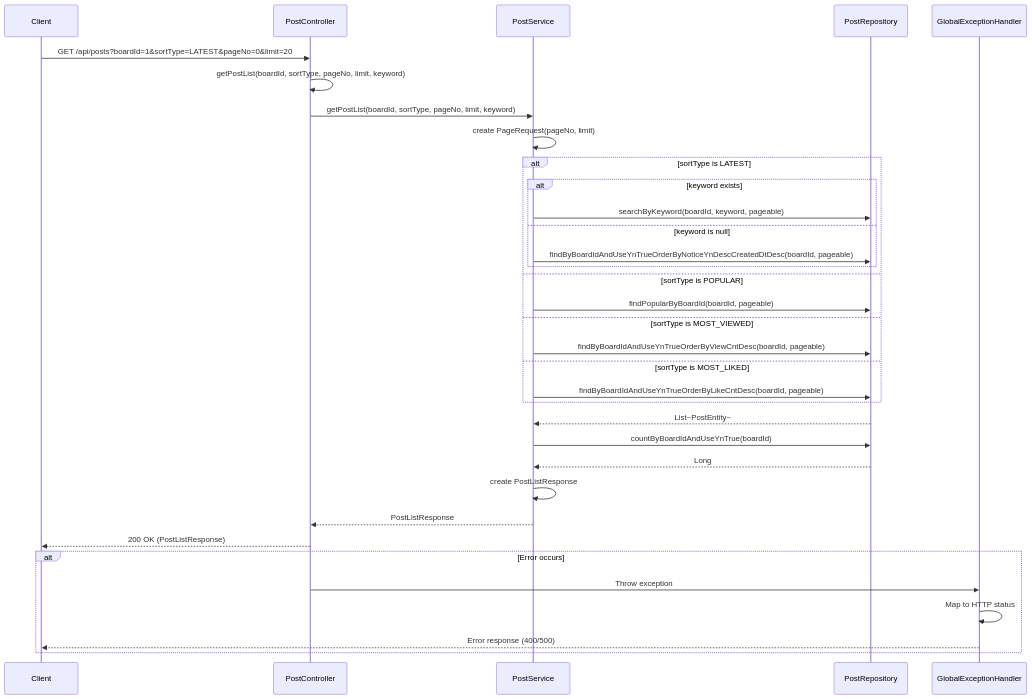
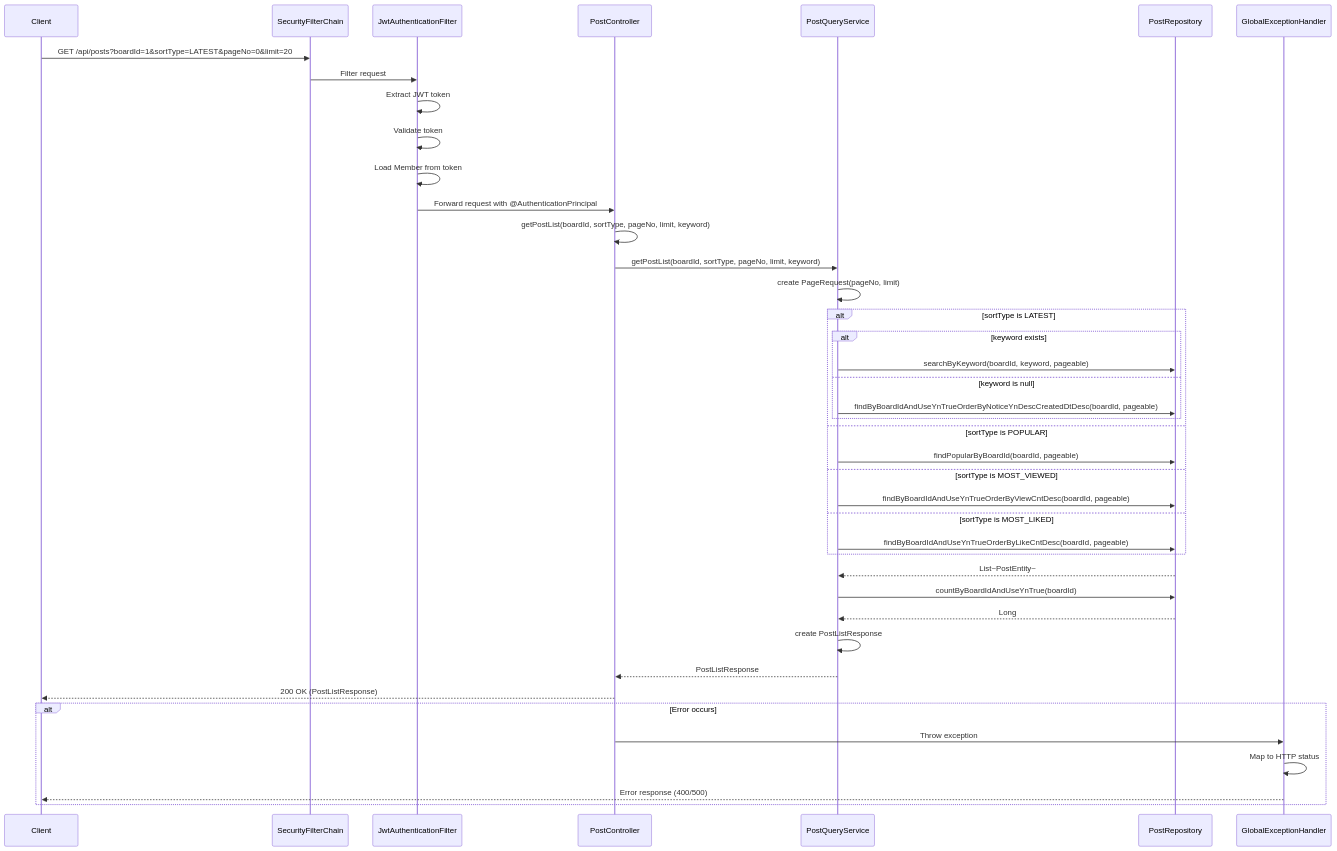
One commit to RKS-t/JungleBook changed the diagram in doc/post/PostController/getPostList-sequence.md. Above: the diagram before and after it, drawn with Mermaid. The commit also changed 18 other files, not shown here.

First line of the commit message:
docs: update Mermaid charts for CQRS services

````diff
--- a/doc/post/PostController/getPostList-sequence.md
+++ b/doc/post/PostController/getPostList-sequence.md
@@ -3,45 +3,52 @@
 ```mermaid
 sequenceDiagram
     participant Client
+    participant SecurityFilterChain
+    participant JwtAuthenticationFilter
     participant PostController
-    participant PostService
+    participant PostQueryService
     participant PostRepository
     participant GlobalExceptionHandler
     
-    Client->>PostController: GET /api/posts?boardId=1&sortType=LATEST&pageNo=0&limit=20
+    Client->>SecurityFilterChain: GET /api/posts?boardId=1&sortType=LATEST&pageNo=0&limit=20
+    SecurityFilterChain->>JwtAuthenticationFilter: Filter request
+    JwtAuthenticationFilter->>JwtAuthenticationFilter: Extract JWT token
+    JwtAuthenticationFilter->>JwtAuthenticationFilter: Validate token
+    JwtAuthenticationFilter->>JwtAuthenticationFilter: Load Member from token
+    JwtAuthenticationFilter->>PostController: Forward request with @AuthenticationPrincipal
     
     PostController->>PostController: getPostList(boardId, sortType, pageNo, limit, keyword)
-    PostController->>PostService: getPostList(boardId, sortType, pageNo, limit, keyword)
+    PostController->>PostQueryService: getPostList(boardId, sortType, pageNo, limit, keyword)
     
-    PostService->>PostService: create PageRequest(pageNo, limit)
+    PostQueryService->>PostQueryService: create PageRequest(pageNo, limit)
     
     alt sortType is LATEST
         alt keyword exists
-            PostService->>PostRepository: searchByKeyword(boardId, keyword, pageable)
+            PostQueryService->>PostRepository: searchByKeyword(boardId, keyword, pageable)
         else keyword is null
-            PostService->>PostRepository: findByBoardIdAndUseYnTrueOrderByNoticeYnDescCreatedDtDesc(boardId, pageable)
+            PostQueryService->>PostRepository: findByBoardIdAndUseYnTrueOrderByNoticeYnDescCreatedDtDesc(boardId, pageable)
         end
     else sortType is POPULAR
-        PostService->>PostRepository: findPopularByBoardId(boardId, pageable)
+        PostQueryService->>PostRepository: findPopularByBoardId(boardId, pageable)
     else sortType is MOST_VIEWED
-        PostService->>PostRepository: findByBoardIdAndUseYnTrueOrderByViewCntDesc(boardId, pageable)
+        PostQueryService->>PostRepository: findByBoardIdAndUseYnTrueOrderByViewCntDesc(boardId, pageable)
     else sortType is MOST_LIKED
-        PostService->>PostRepository: findByBoardIdAndUseYnTrueOrderByLikeCntDesc(boardId, pageable)
+        PostQueryService->>PostRepository: findByBoardIdAndUseYnTrueOrderByLikeCntDesc(boardId, pageable)
     end
     
-    PostRepository-->>PostService: List~PostEntity~
+    PostRepository-->>PostQueryService: List~PostEntity~
     
-    PostService->>PostRepository: countByBoardIdAndUseYnTrue(boardId)
-    PostRepository-->>PostService: Long
+    PostQueryService->>PostRepository: countByBoardIdAndUseYnTrue(boardId)
+    PostRepository-->>PostQueryService: Long
     
-    PostService->>PostService: create PostListResponse
-    PostService-->>PostController: PostListResponse
+    PostQueryService->>PostQueryService: create PostListResponse
+    PostQueryService-->>PostController: PostListResponse
     
     PostController-->>Client: 200 OK (PostListResponse)
     
     alt Error occurs
         PostController->>GlobalExceptionHandler: Throw exception
         GlobalExceptionHandler->>GlobalExceptionHandler: Map to HTTP status
         GlobalExceptionHandler-->>Client: Error response (400/500)
     end
 ```
````
